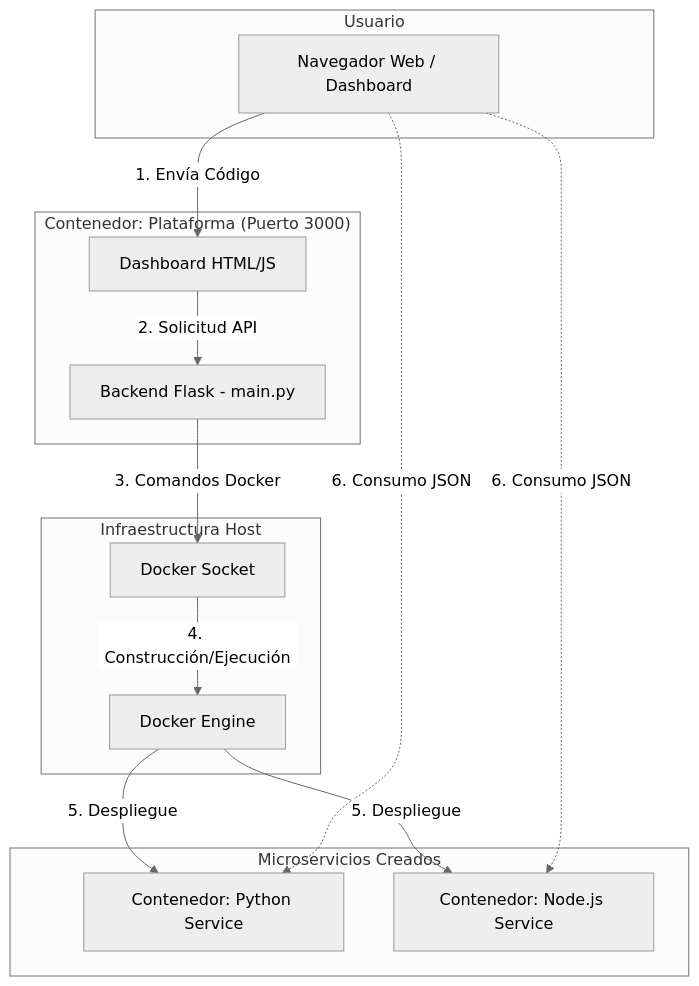
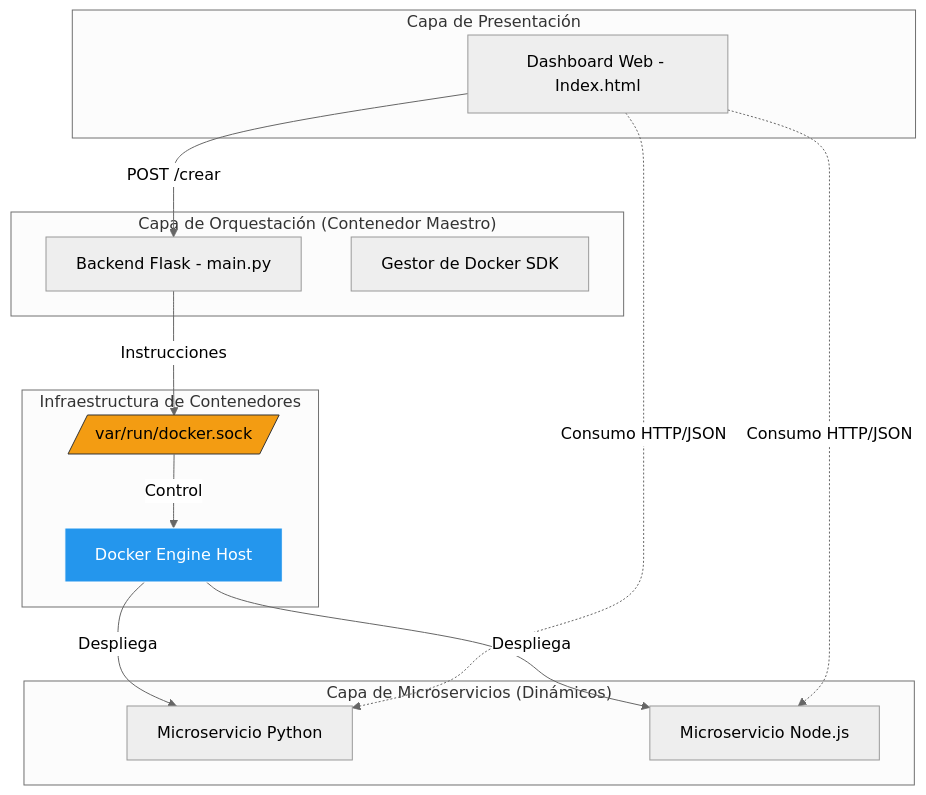
Before and after one commit to agente138/pruebaDocumentaci-n: the diagram in README.md, drawn with Mermaid (neutral theme). The commit also changed other lines of this file, not shown here.

````diff
--- a/README.md
+++ b/README.md
@@ -21,30 +16,32 @@
 ```mermaid
 graph TD
-    subgraph Usuario
-        U[Navegador Web / Dashboard]
+    subgraph "Capa de Presentación"
+        UI[Dashboard Web - Index.html]
     end
 
-    subgraph "Contenedor: Plataforma (Puerto 3000)"
-        D[Dashboard HTML/JS]
-        B[Backend Flask - main.py]
+    subgraph "Capa de Orquestación (Contenedor Maestro)"
+        Backend[Backend Flask - main.py]
+        API[Gestor de Docker SDK]
     end
 
-    subgraph "Infraestructura Host"
-        S[Docker Socket]
-        DE[Docker Engine]
+    subgraph "Infraestructura de Contenedores"
+        Socket[/var/run/docker.sock/]
+        Engine[Docker Engine Host]
     end
 
-    subgraph "Microservicios Creados"
-        M1[Contenedor: Python Service]
-        M2[Contenedor: Node.js Service]
+    subgraph "Capa de Microservicios (Dinámicos)"
+        MS_PY[Microservicio Python]
+        MS_JS[Microservicio Node.js]
     end
 
-    U -->|1. Envía Código| D
-    D -->|2. Solicitud API| B
-    B -->|3. Comandos Docker| S
-    S -->|4. Construcción/Ejecución| DE
-    DE -->|5. Despliegue| M1
-    DE -->|5. Despliegue| M2
-    U -.->|6. Consumo JSON| M1
-    U -.->|6. Consumo JSON| M2
+    UI -->|POST /crear| Backend
+    Backend -->|Instrucciones| Socket
+    Socket -->|Control| Engine
+    Engine -->|Despliega| MS_PY
+    Engine -->|Despliega| MS_JS
+    UI -.->|Consumo HTTP/JSON| MS_PY
+    UI -.->|Consumo HTTP/JSON| MS_JS
+
+    style Socket fill:#f39c12,stroke:#333
+    style Engine fill:#2496ed,stroke:#fff,color:#fff
 ```
````
